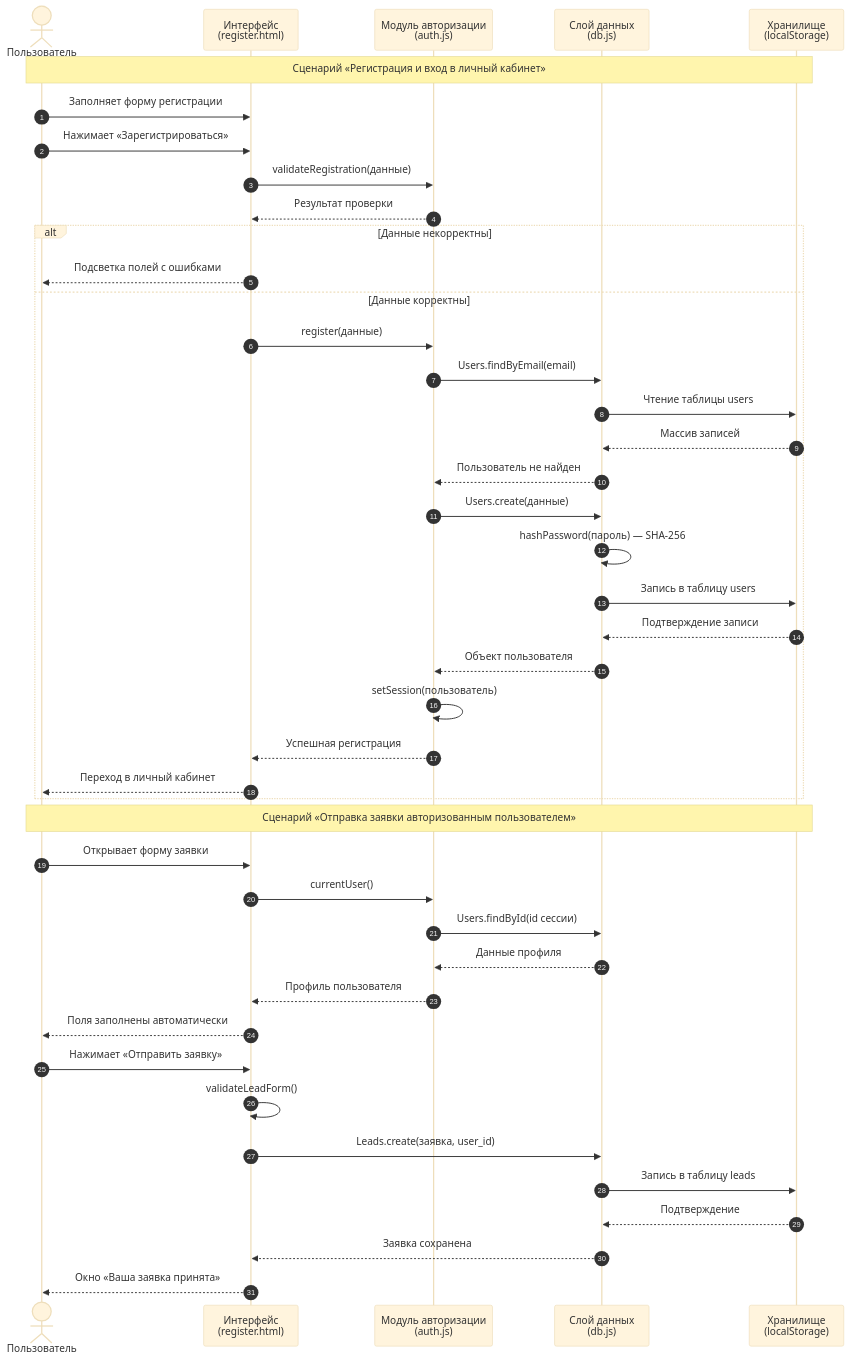
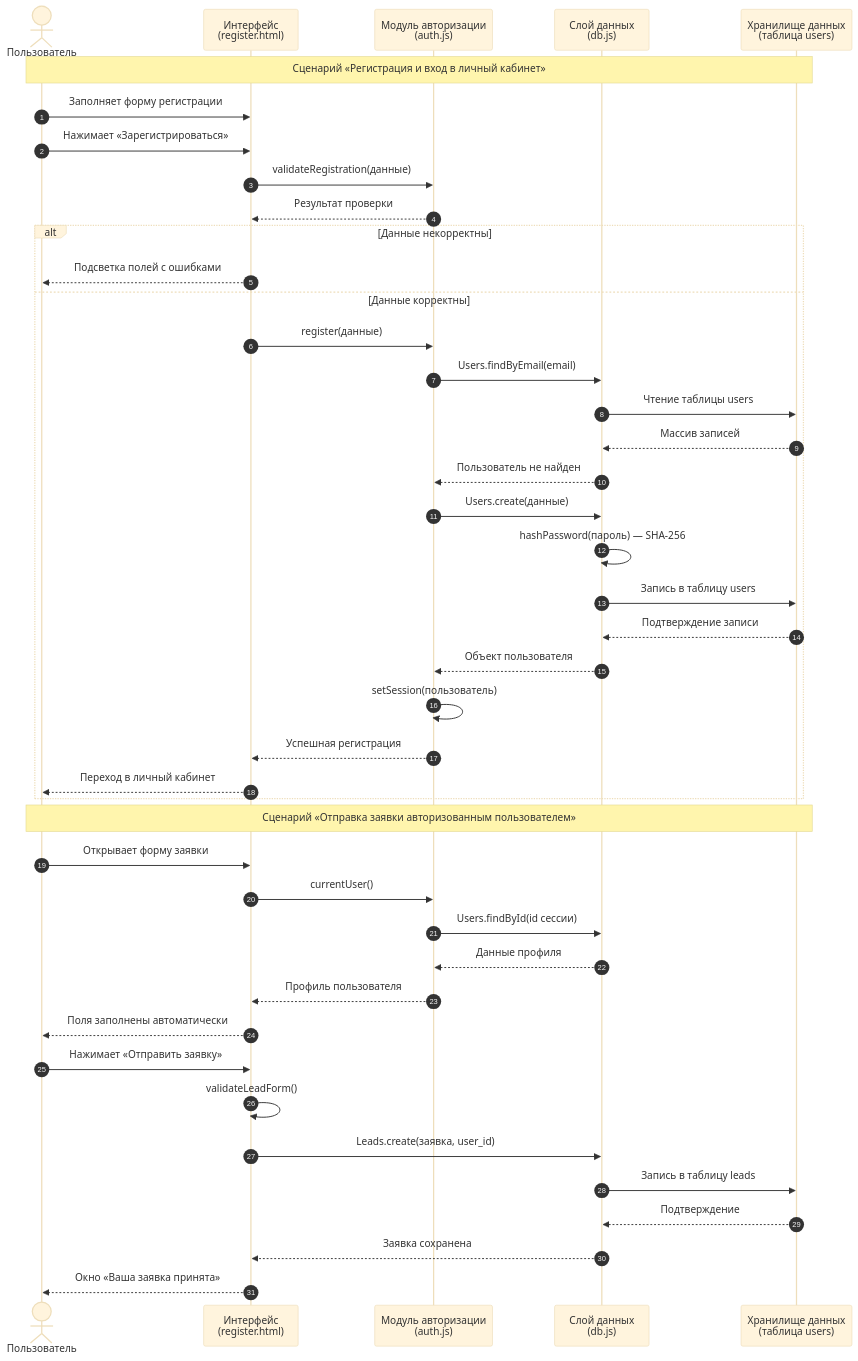
One commit to DRAGONFLuoneI/lycoris-portal changed the diagram in docs/diagrams/03-sequence.mmd. Above: the diagram before and after it, drawn with Mermaid (base theme). The commit also changed 13 other files, not shown here.

First line of the commit message:
Диаграммы: шесть штук, крупный шрифт, UML-узлы; поля документов по ГОСТ

```diff
--- a/docs/diagrams/03-sequence.mmd
+++ b/docs/diagrams/03-sequence.mmd
@@ -1,51 +1,51 @@
 sequenceDiagram
     autonumber
     actor U as Пользователь
     participant UI as Интерфейс<br/>(register.html)
     participant AU as Модуль авторизации<br/>(auth.js)
     participant DB as Слой данных<br/>(db.js)
-    participant ST as Хранилище<br/>(localStorage)
+    participant ST as Хранилище данных<br/>(таблица users)
 
     Note over U,ST: Сценарий «Регистрация и вход в личный кабинет»
 
     U->>UI: Заполняет форму регистрации
     U->>UI: Нажимает «Зарегистрироваться»
     UI->>AU: validateRegistration(данные)
     AU-->>UI: Результат проверки
 
     alt Данные некорректны
         UI-->>U: Подсветка полей с ошибками
     else Данные корректны
         UI->>AU: register(данные)
         AU->>DB: Users.findByEmail(email)
         DB->>ST: Чтение таблицы users
         ST-->>DB: Массив записей
         DB-->>AU: Пользователь не найден
 
         AU->>DB: Users.create(данные)
         DB->>DB: hashPassword(пароль) — SHA-256
         DB->>ST: Запись в таблицу users
         ST-->>DB: Подтверждение записи
         DB-->>AU: Объект пользователя
 
         AU->>AU: setSession(пользователь)
         AU-->>UI: Успешная регистрация
         UI-->>U: Переход в личный кабинет
     end
 
     Note over U,ST: Сценарий «Отправка заявки авторизованным пользователем»
 
     U->>UI: Открывает форму заявки
     UI->>AU: currentUser()
     AU->>DB: Users.findById(id сессии)
     DB-->>AU: Данные профиля
     AU-->>UI: Профиль пользователя
     UI-->>U: Поля заполнены автоматически
 
     U->>UI: Нажимает «Отправить заявку»
     UI->>UI: validateLeadForm()
     UI->>DB: Leads.create(заявка, user_id)
     DB->>ST: Запись в таблицу leads
     ST-->>DB: Подтверждение
     DB-->>UI: Заявка сохранена
     UI-->>U: Окно «Ваша заявка принята»
```
